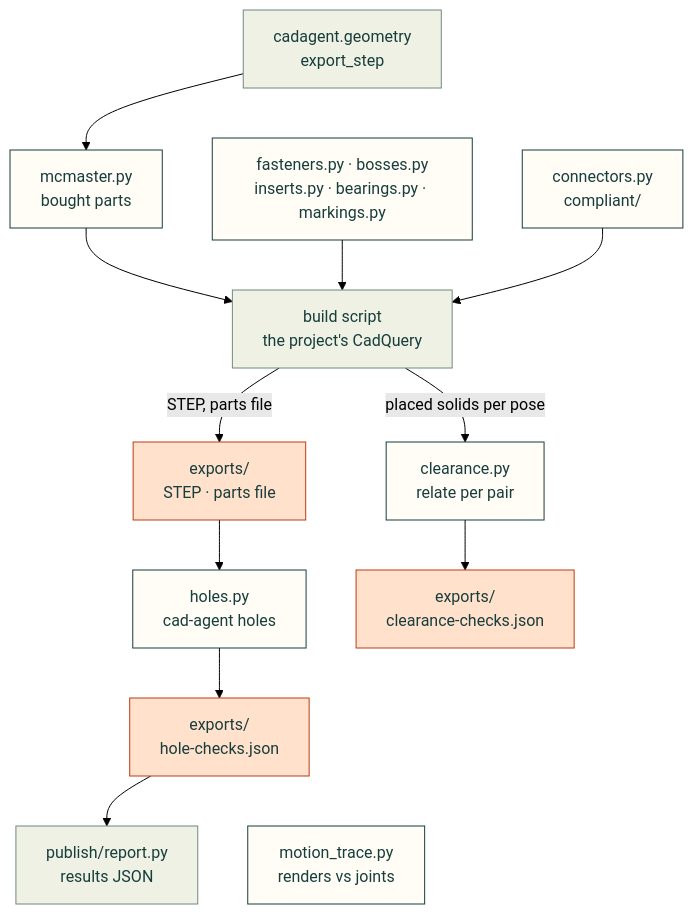
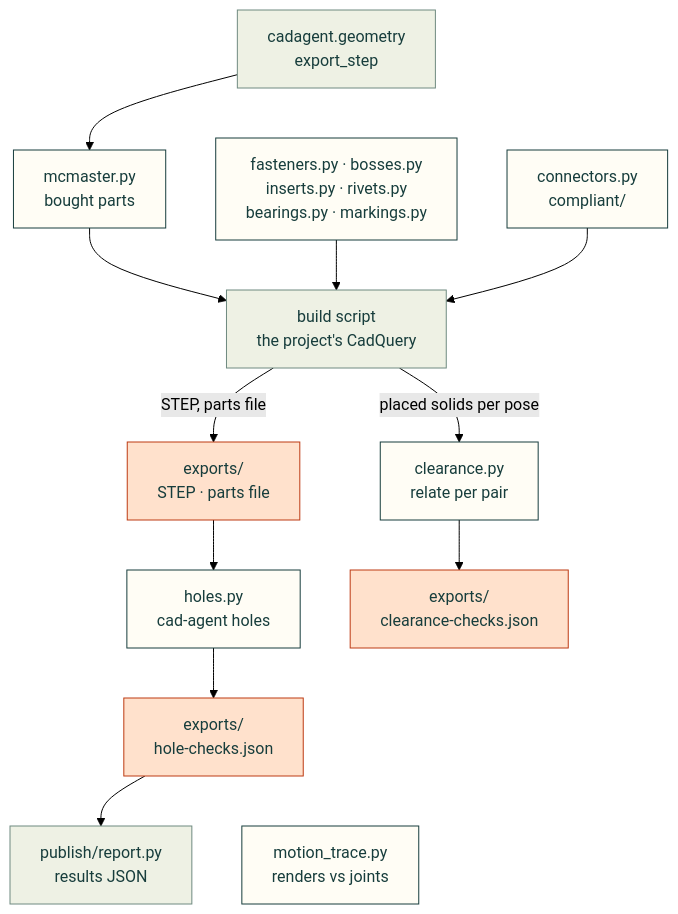
One commit to Valpatel/cad-agent changed the diagram in src/cadagent/mechanical/README.md. Above: the diagram before and after it, drawn with Mermaid (forest theme). The commit also changed other lines of this file and 15 other files, not shown here.

````diff
--- a/src/cadagent/mechanical/README.md
+++ b/src/cadagent/mechanical/README.md
@@ -14,20 +14,20 @@
 ```mermaid
 flowchart TD
     G["cadagent.geometry<br/>export_step"] --> MC["mcmaster.py<br/>bought parts"]
-    G ~~~ FK["fasteners.py · bosses.py<br/>inserts.py · bearings.py · markings.py"]
+    G ~~~ FK["fasteners.py · bosses.py<br/>inserts.py · rivets.py<br/>bearings.py · markings.py"]
     G ~~~ CC["connectors.py<br/>compliant/"]
     MC & FK & CC --> B["build script<br/>the project's CadQuery"]
     B -->|"STEP, parts file"| X["exports/<br/>STEP · parts file"]
     X --> H["holes.py<br/>cad-agent holes"]
     H --> HJ["exports/<br/>hole-checks.json"]
     HJ --> R["publish/report.py<br/>results JSON"]
     HJ ~~~ MT["motion_trace.py<br/>renders vs joints"]
     B -->|"placed solids per pose"| CL["clearance.py<br/>relate per pair"]
     CL --> CJ["exports/<br/>clearance-checks.json"]
     classDef here fill:#fffdf5,stroke:#173d3c,color:#173d3c
     classDef near fill:#eef1e4,stroke:#6f8a80,color:#173d3c
     classDef out fill:#ffe1cc,stroke:#bd3a12,color:#173d3c
     class MC,FK,CC,H,MT,CL here
     class G,B,R near
     class X,HJ,CJ out
 ```
````
